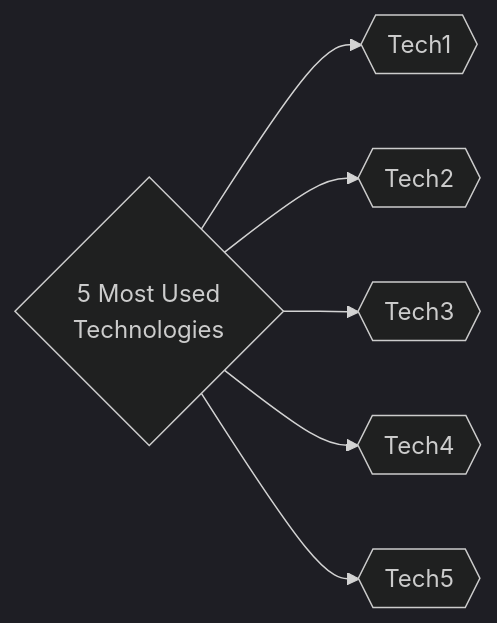
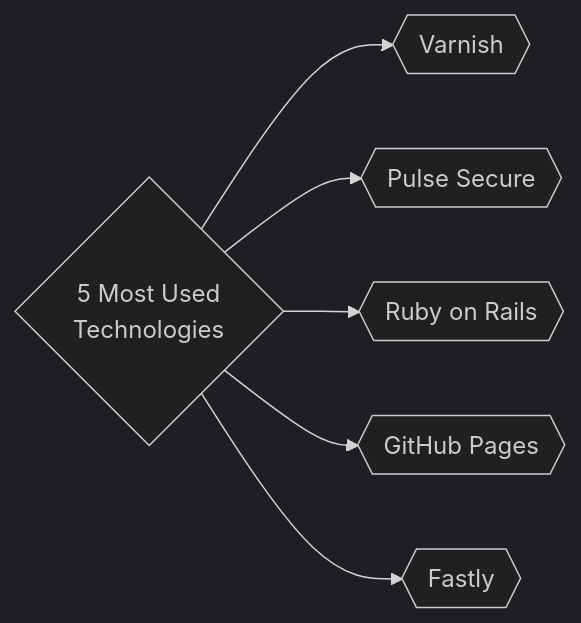
Before and after one commit to trickest/inventory: the third of 3 diagrams in README.md, drawn with Mermaid (dark theme). The commit also changed other lines of this file and 440 other files, not shown here.

````diff
--- a/README.md
+++ b/README.md
@@ -184,8 +184,8 @@
 ```mermaid
 graph LR
-title{5 Most Used<br>Technologies} --> tech1{{Tech1}}
-title --> tech2{{Tech2}}
-title --> tech3{{Tech3}}
-title --> tech4{{Tech4}}
-title --> tech5{{Tech5}}
+title{5 Most Used<br>Technologies} --> tech1{{Varnish}}
+title --> tech2{{Pulse Secure}}
+title --> tech3{{Ruby on Rails}}
+title --> tech4{{GitHub Pages}}
+title --> tech5{{Fastly}}
 ```
````
